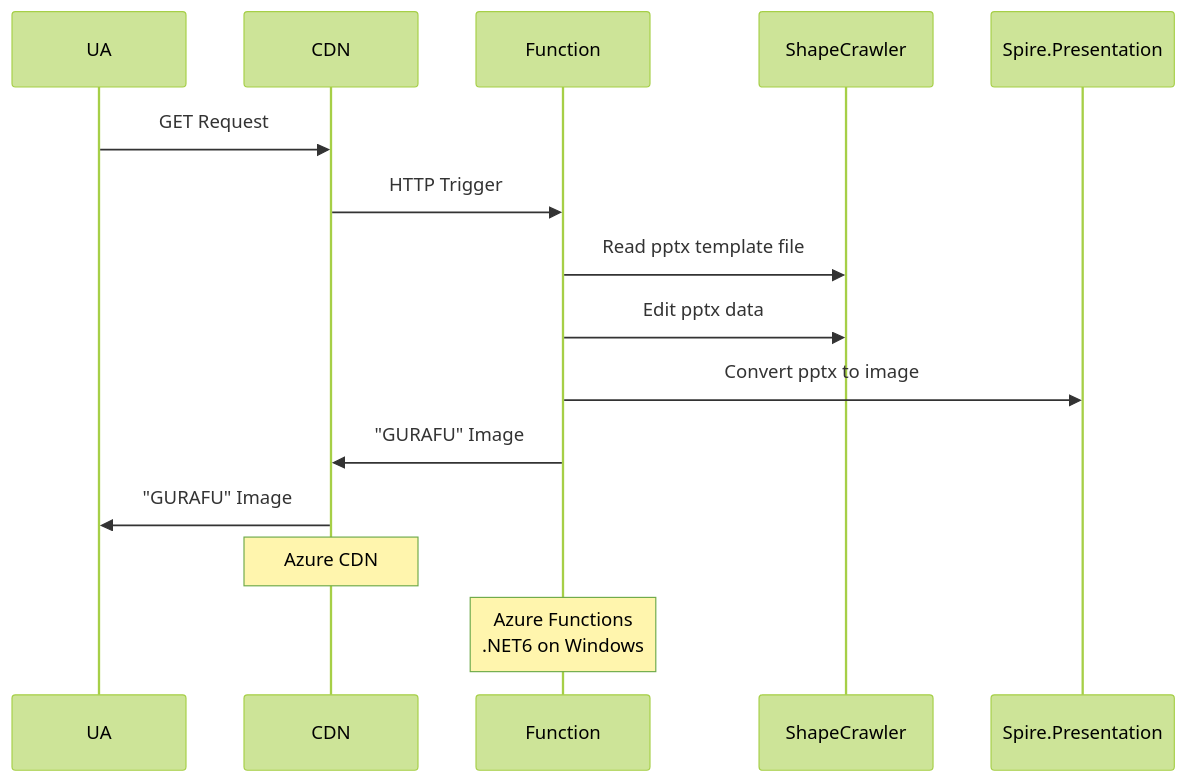
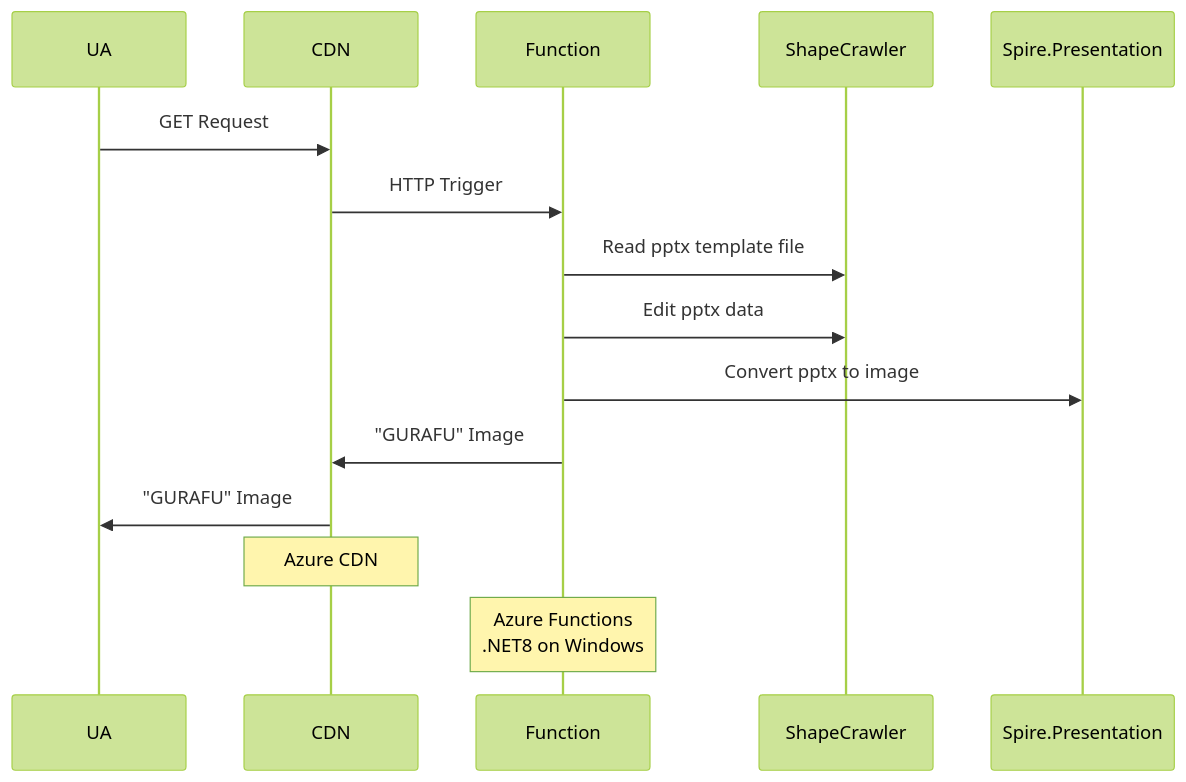
The diagram in README.md (7474/NantoNBai), drawn with Mermaid (forest theme) before and after one commit.

````diff
--- a/README.md
+++ b/README.md
@@ -39,12 +39,12 @@
 ```mermaid
 sequenceDiagram
     UA->>CDN: GET Request
     CDN->>Function: HTTP Trigger
     Function->>ShapeCrawler: Read pptx template file
     Function->>ShapeCrawler: Edit pptx data
     Function->>Spire.Presentation: Convert pptx to image
     Function->>CDN: "GURAFU" Image
     CDN->>UA: "GURAFU" Image
     Note over CDN: Azure CDN
-    Note over Function: Azure Functions<br/>.NET6 on Windows
+    Note over Function: Azure Functions<br/>.NET8 on Windows
 ```
````
